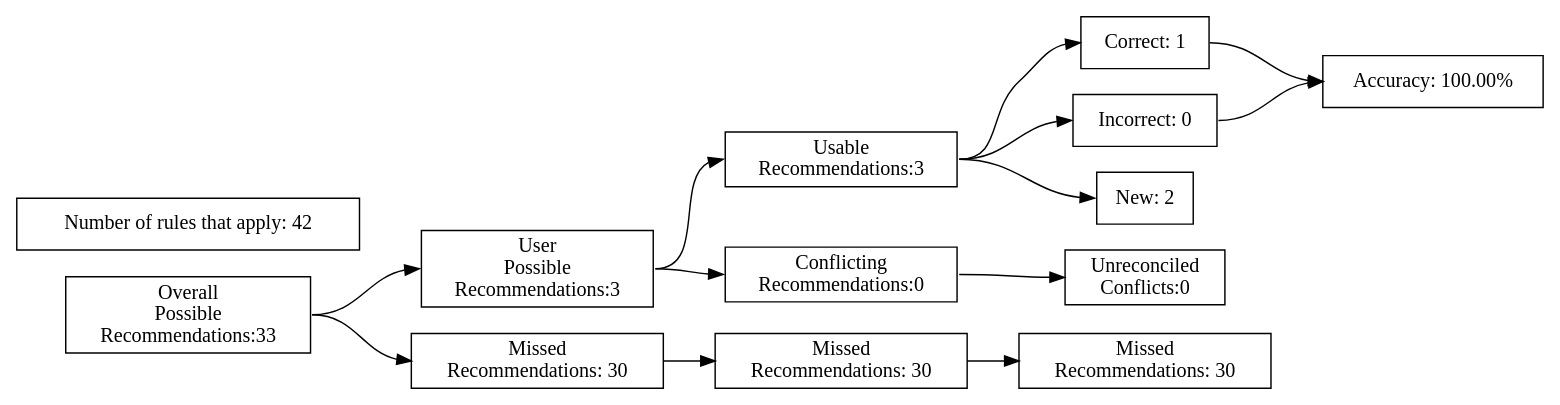
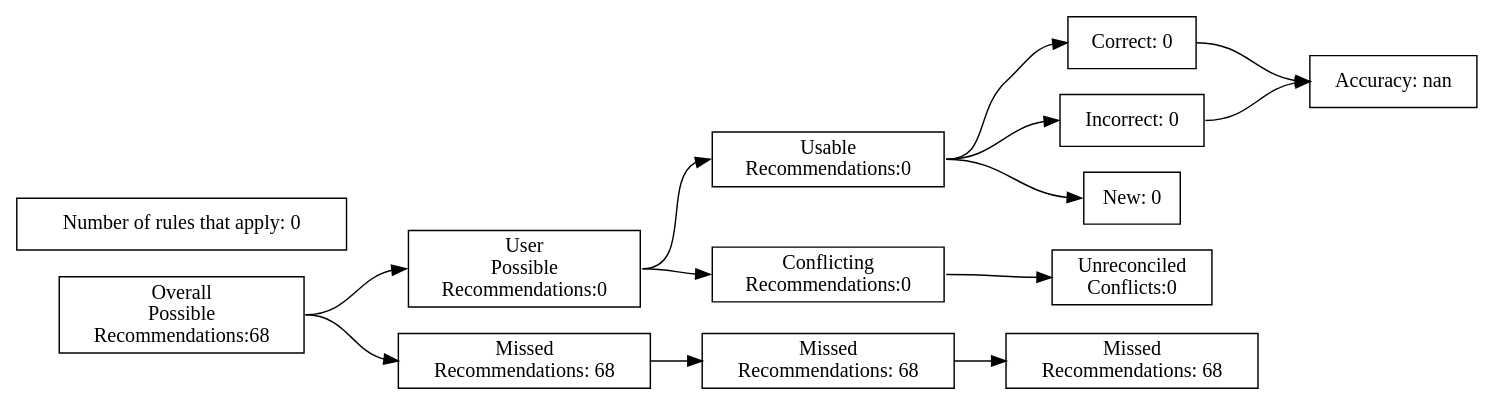
The diagram in test_renders/114.gv (ZaxR/ibd_diet_analysis), drawn with Graphviz before and after one commit. The commit also changed 231 other files, not shown here.

```diff
--- a/test_renders/114.gv
+++ b/test_renders/114.gv
@@ -1,40 +1,40 @@
 digraph {
 	graph [rankdir=LR]
 	node [pos=r shape=box]
 	edge [headport=w tailport=e]
 		A [label="Overall
 Possible
-Recommendations:33"]
+Recommendations:68"]
 		B [label="User
 Possible
-Recommendations:3"]
+Recommendations:0"]
 		C [label="Missed
-Recommendations: 30"]
+Recommendations: 68"]
 		D [label="Usable
-Recommendations:3"]
+Recommendations:0"]
 		E [label="Conflicting
 Recommendations:0"]
 		J [label="Missed
-Recommendations: 30"]
+Recommendations: 68"]
 		M [label="Unreconciled
 Conflicts:0"]
-		F [label="Correct: 1"]
+		F [label="Correct: 0"]
 		G [label="Incorrect: 0"]
-		H [label="New: 2"]
+		H [label="New: 0"]
 		K [label="Missed
-Recommendations: 30"]
-		I [label="Accuracy: 100.00%"]
-		l [label="Number of rules that apply: 42"]
+Recommendations: 68"]
+		I [label="Accuracy: nan"]
+		l [label="Number of rules that apply: 0"]
 			A -> B
 			A -> C
 			B -> D
 			B -> E
 			D -> F
 			D -> G
 			D -> H
 			F -> I
 			G -> I
 			C -> J
 			J -> K
 			E -> M
 }
```
